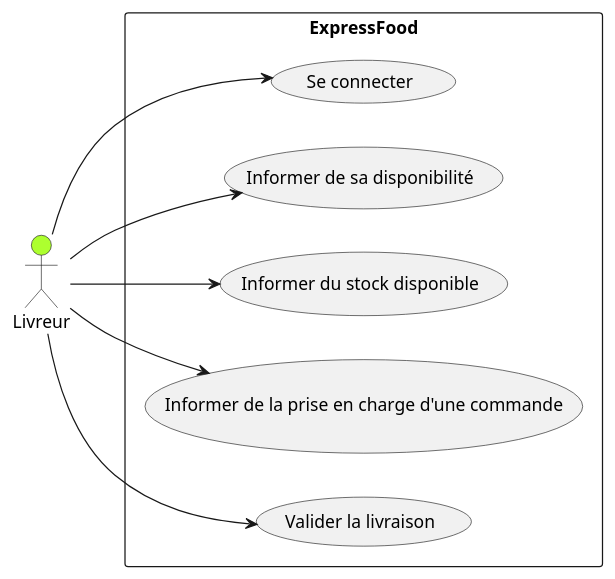
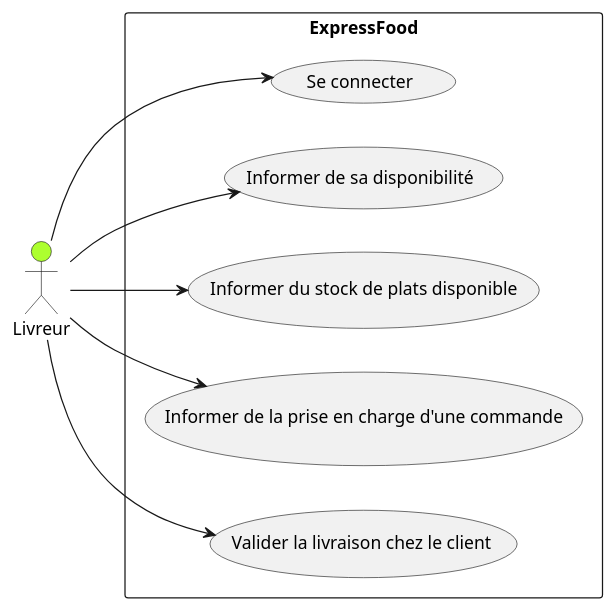
The diagram in UseCase/Livreur.puml (laurasullyalexandrine/expressfood), drawn with PlantUML before and after one commit. The commit also changed 11 other files, not shown here.

```diff
--- a/UseCase/Livreur.puml
+++ b/UseCase/Livreur.puml
@@ -2,21 +2,21 @@
 @startuml Livreur
 
 left to right direction
 
 actor "Livreur" as Livreur #GreenYellow
 
 rectangle ExpressFood {
   usecase "Se connecter" as UC1
   usecase "Informer de sa disponibilité" as UC2
-  usecase "Informer du stock disponible" as UC3
+  usecase "Informer du stock de plats disponible" as UC3
   usecase "Informer de la prise en charge d'une commande" as UC4
-  usecase "Valider la livraison" as UC5
+  usecase "Valider la livraison chez le client" as UC5
 }
 
 Livreur --> UC1
 Livreur --> UC2
 Livreur --> UC3
 Livreur --> UC4
 Livreur --> UC5
 
 @enduml
```
